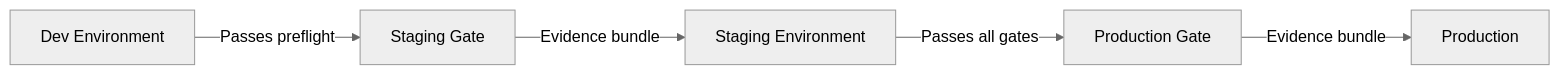
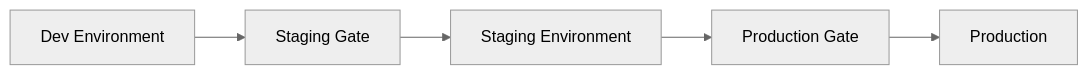
The second of 4 diagrams in docs/deployment.md (peermesh/docker-lab-docs), drawn with Mermaid (neutral theme) before and after one commit. The commit also changed other lines of this file and 13 other files, not shown here.

First line of the commit message:
fix: improve diagram legibility and icon rendering

````diff
--- a/docs/deployment.md
+++ b/docs/deployment.md
@@ -423,13 +423,13 @@
 ```mermaid
 flowchart LR
     Dev["Dev Environment"]
     StagingGate["Staging Gate"]
     Staging["Staging Environment"]
     ProdGate["Production Gate"]
     Production["Production"]
 
-    Dev -->|"Passes preflight"| StagingGate
-    StagingGate -->|"Evidence bundle"| Staging
-    Staging -->|"Passes all gates"| ProdGate
-    ProdGate -->|"Evidence bundle"| Production
+    Dev --> StagingGate
+    StagingGate --> Staging
+    Staging --> ProdGate
+    ProdGate --> Production
 ```
````
